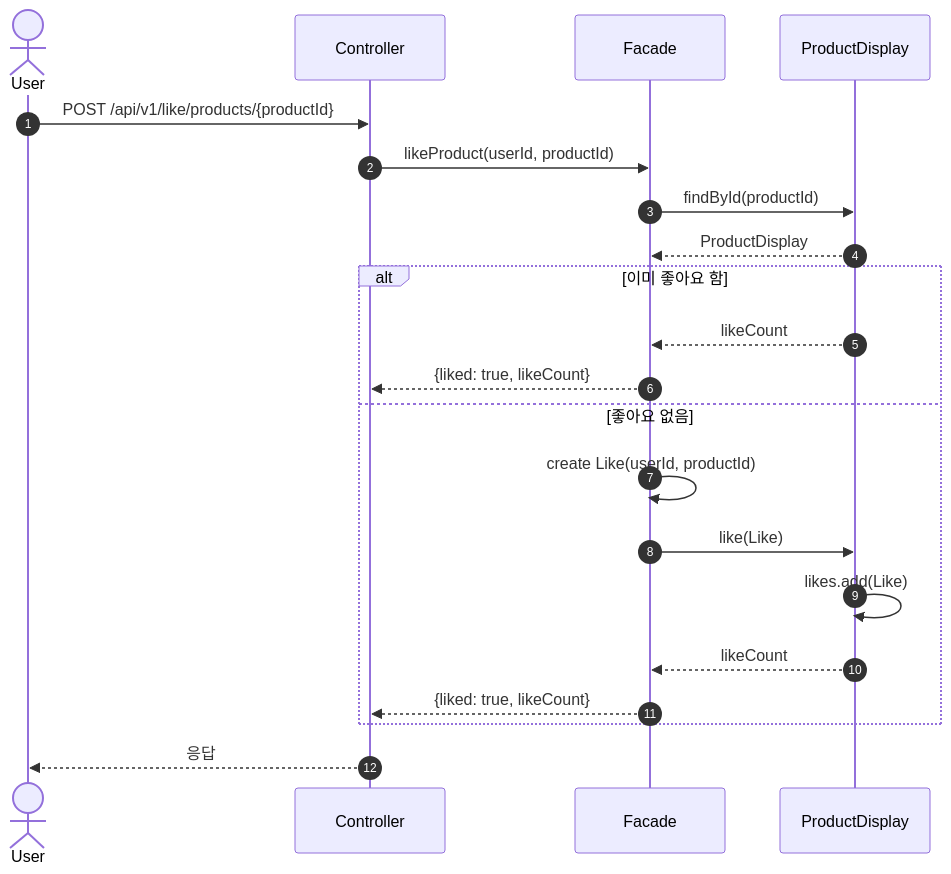
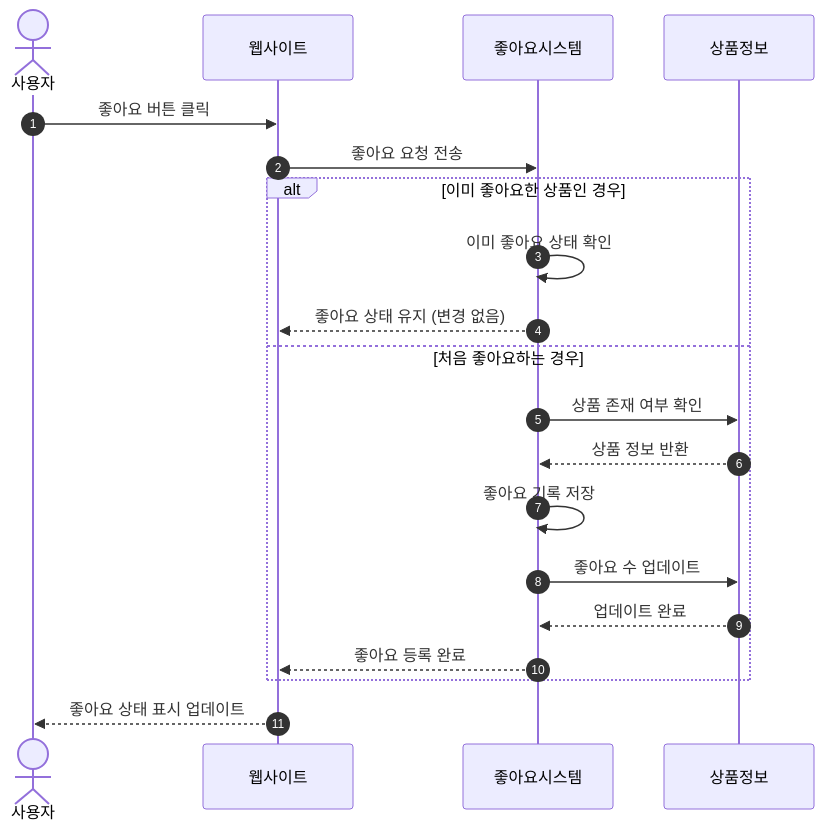
One commit to Loopers-dev-lab/loopers-spring-java-template changed the first of 4 diagrams in .docs/design/02-sequence-diagrams.md. Above: the diagram before and after it, drawn with Mermaid. The commit also changed other lines of this file and 3 other files, not shown here.

````diff
--- a/.docs/design/02-sequence-diagrams.md
+++ b/.docs/design/02-sequence-diagrams.md
@@ -19,25 +19,25 @@
 ```mermaid
 sequenceDiagram
     autonumber
-    actor User
-    participant Controller
-    participant Facade
-    participant ProductDisplay
+    actor 사용자
+    participant 웹사이트
+    participant 좋아요시스템
+    participant 상품정보
 
-    User->>Controller: POST /api/v1/like/products/{productId}
-    Controller->>Facade: likeProduct(userId, productId)
-    Facade->>ProductDisplay: findById(productId)
-    ProductDisplay-->>Facade: ProductDisplay
+    사용자->>웹사이트: 좋아요 버튼 클릭
+    웹사이트->>좋아요시스템: 좋아요 요청 전송
     
-    alt 이미 좋아요 함
-        ProductDisplay-->>Facade: likeCount
-        Facade-->>Controller: {liked: true, likeCount}
-    else 좋아요 없음
-        Facade->>Facade: create Like(userId, productId)
-        Facade->>ProductDisplay: like(Like)
-        ProductDisplay->>ProductDisplay: likes.add(Like)
-        ProductDisplay-->>Facade: likeCount
-        Facade-->>Controller: {liked: true, likeCount}
+    alt 이미 좋아요한 상품인 경우
+        좋아요시스템->>좋아요시스템: 이미 좋아요 상태 확인
+        좋아요시스템-->>웹사이트: 좋아요 상태 유지 (변경 없음)
+    else 처음 좋아요하는 경우
+        좋아요시스템->>상품정보: 상품 존재 여부 확인
+        상품정보-->>좋아요시스템: 상품 정보 반환
+        좋아요시스템->>좋아요시스템: 좋아요 기록 저장
+        좋아요시스템->>상품정보: 좋아요 수 업데이트
+        상품정보-->>좋아요시스템: 업데이트 완료
+        좋아요시스템-->>웹사이트: 좋아요 등록 완료
     end
-    Controller-->>User: 응답
+    
+    웹사이트-->>사용자: 좋아요 상태 표시 업데이트
 ```
````
